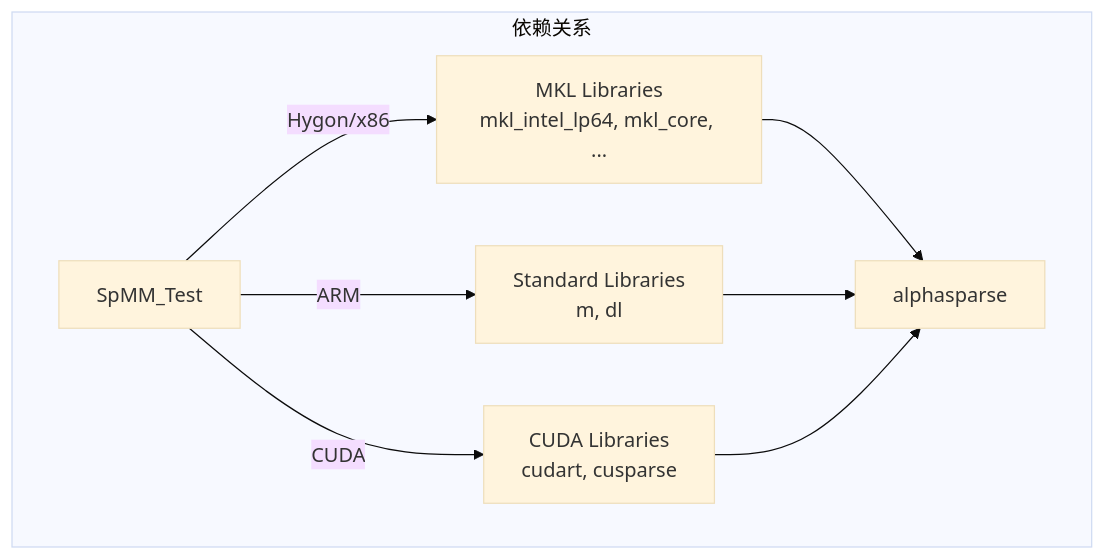
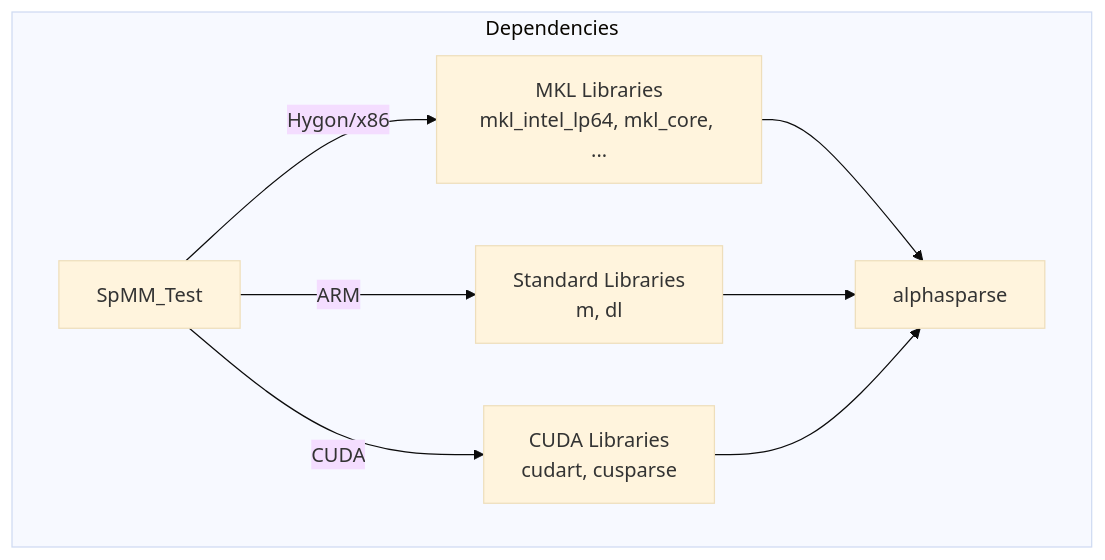
One commit to QiWu-NCIC/QiWu-KernelPerf changed the tenth of 21 diagrams in KernelPerf/submissions/spmv/alphasparse/upstream/AlphasparseWiki .md. Above: the diagram before and after it, drawn with Mermaid (base theme). The commit also changed other lines of this file and 310 other files, not shown here.

````diff
--- a/KernelPerf/submissions/spmv/alphasparse/upstream/AlphasparseWiki .md
+++ b/KernelPerf/submissions/spmv/alphasparse/upstream/AlphasparseWiki .md
@@ -972,11 +972,11 @@
 ```mermaid
 graph TD
-    subgraph 依赖关系
+    subgraph Dependencies
         SpMM_Test -->|Hygon/x86| MKL[MKL Libraries<br>mkl_intel_lp64, mkl_core, ...];
         SpMM_Test -->|ARM| StandardLibs[Standard Libraries<br>m, dl];
         SpMM_Test -->|CUDA| CUDALibs[CUDA Libraries<br>cudart, cusparse];
         MKL --> alphasparse;
         StandardLibs --> alphasparse;
         CUDALibs --> alphasparse;
     end
 ```
````
